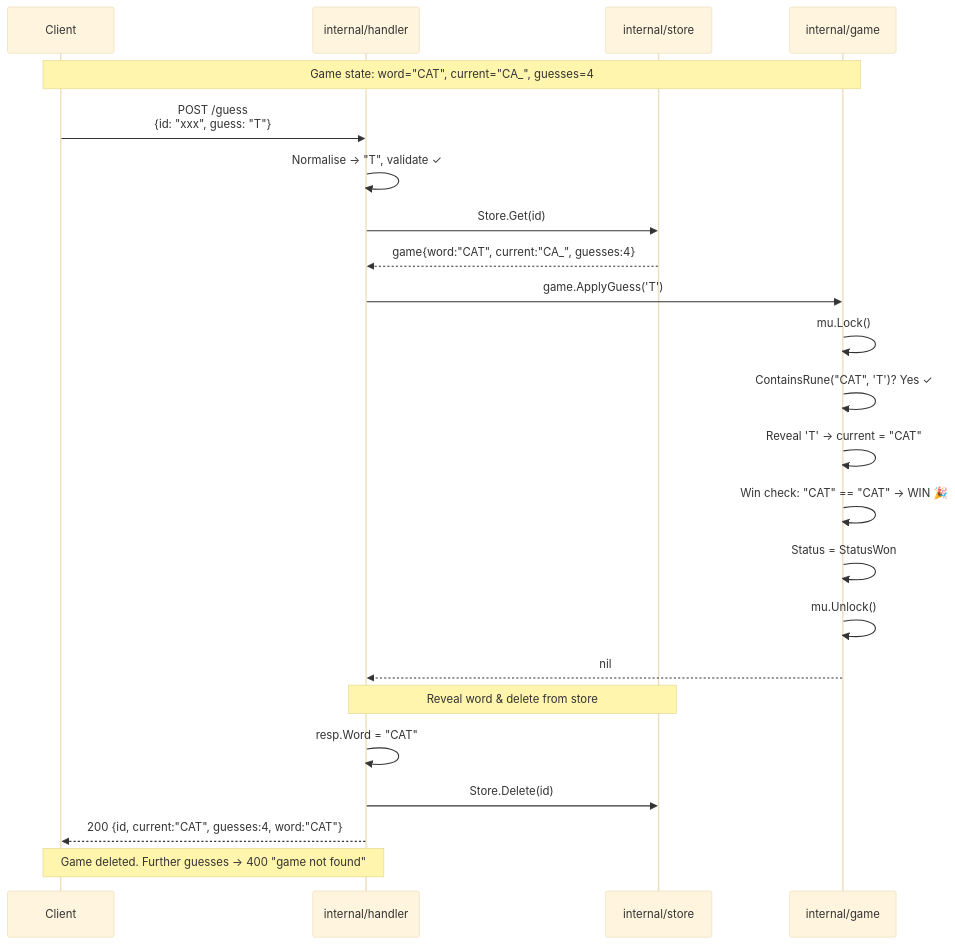
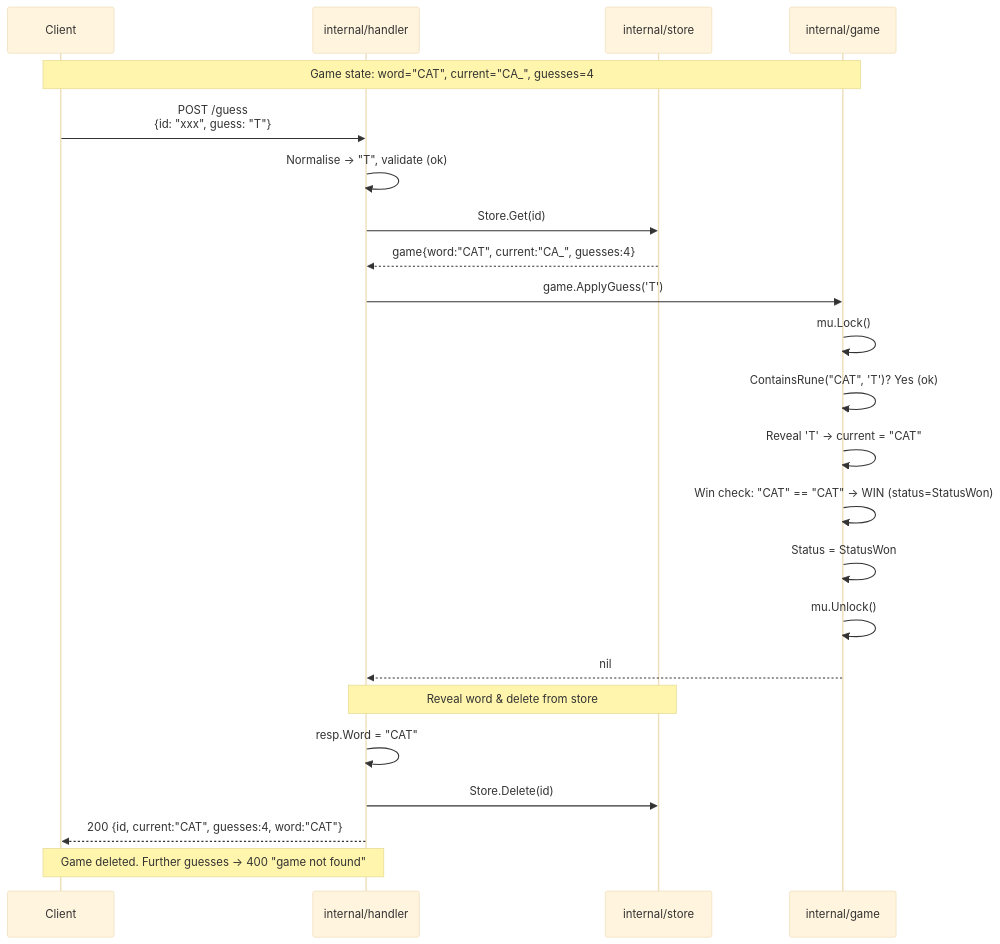
Before and after one commit to ajitm722/wordgame: the third of 11 diagrams in docs.md, drawn with Mermaid (base theme). The commit also changed other lines of this file and 14 other files, not shown here.

````diff
--- a/docs.md
+++ b/docs.md
@@ -428,31 +433,31 @@
 ```mermaid
 sequenceDiagram
     participant Client
     participant Handler as internal/handler
     participant Store as internal/store
     participant Game as internal/game
 
     Note over Client,Game: Game state: word="CAT", current="CA_", guesses=4
 
     Client->>Handler: POST /guess<br/>{id: "xxx", guess: "T"}
-    Handler->>Handler: Normalise → "T", validate ✓
+    Handler->>Handler: Normalise → "T", validate (ok)
     Handler->>Store: Store.Get(id)
     Store-->>Handler: game{word:"CAT", current:"CA_", guesses:4}
 
     Handler->>Game: game.ApplyGuess('T')
     Game->>Game: mu.Lock()
-    Game->>Game: ContainsRune("CAT", 'T')? Yes ✓
+    Game->>Game: ContainsRune("CAT", 'T')? Yes (ok)
     Game->>Game: Reveal 'T' → current = "CAT"
-    Game->>Game: Win check: "CAT" == "CAT" → WIN 🎉
+    Game->>Game: Win check: "CAT" == "CAT" → WIN (status=StatusWon)
     Game->>Game: Status = StatusWon
     Game->>Game: mu.Unlock()
     Game-->>Handler: nil
 
     Note over Handler,Store: Reveal word & delete from store
     Handler->>Handler: resp.Word = "CAT"
     Handler->>Store: Store.Delete(id)
 
     Handler-->>Client: 200 {id, current:"CAT", guesses:4, word:"CAT"}
 
     Note over Client,Handler: Game deleted. Further guesses → 400 "game not found"
 ```
````
